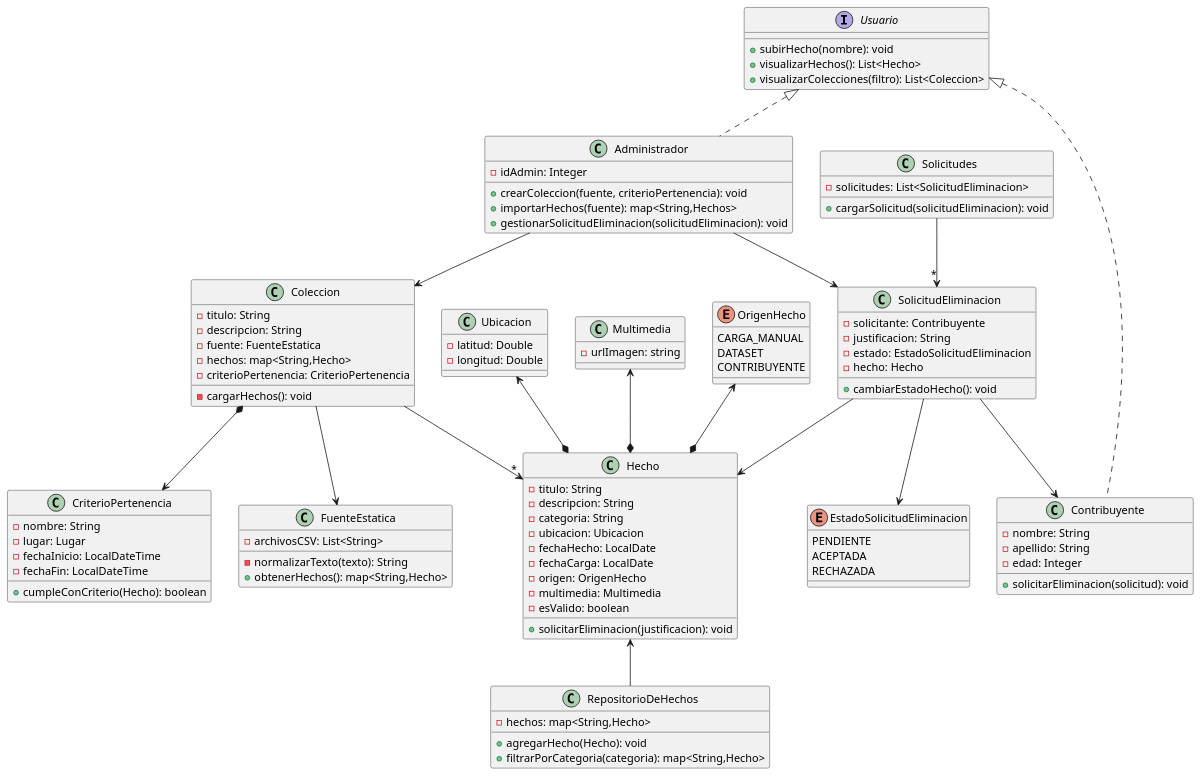
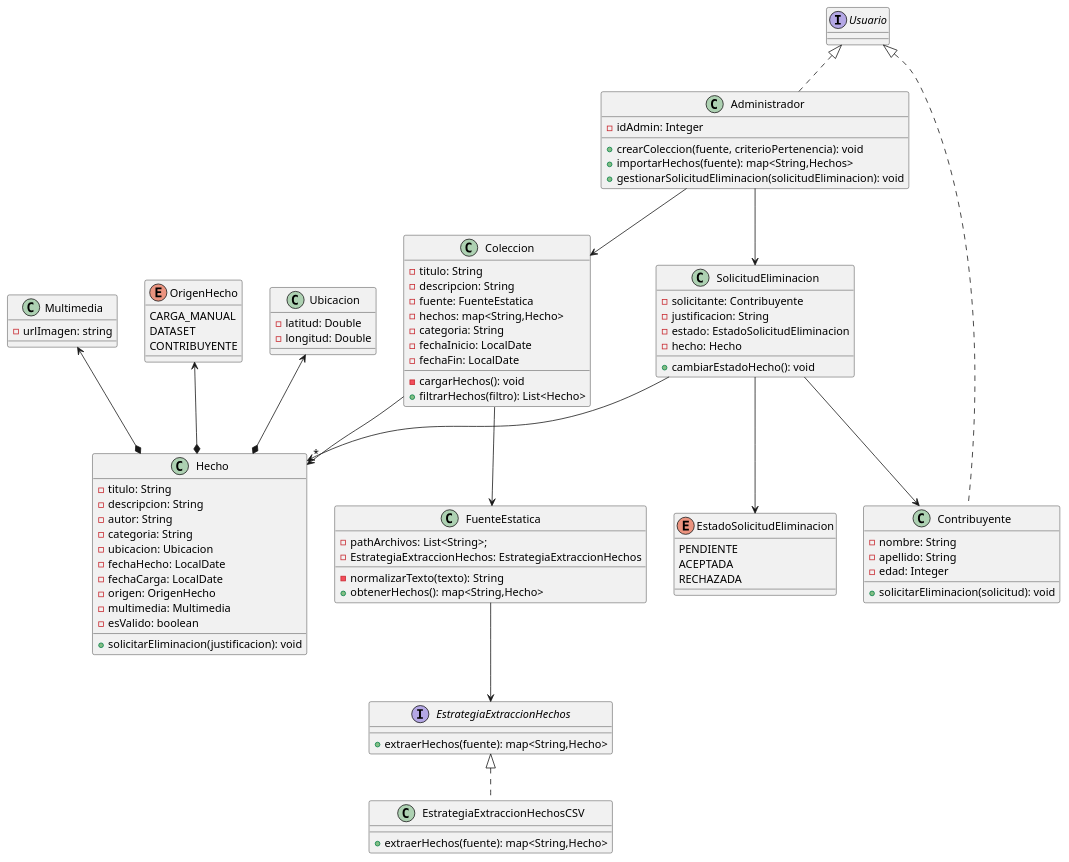
The diagram in src/main/DiagramaDeClases.puml (OslothLAS/ProyectoDeploy), drawn with PlantUML before and after one commit. The commit also changed 2 other files, not shown here.

Commit message:
Builder in hechos done

```diff
--- a/src/main/DiagramaDeClases.puml
+++ b/src/main/DiagramaDeClases.puml
@@ -1,119 +1,115 @@
 @startuml
 class Coleccion {
    - titulo: String
    - descripcion: String
    - fuente: FuenteEstatica
    - hechos: map<String,Hecho>
-   - criterioPertenencia: CriterioPertenencia
+   - categoria: String
+   - fechaInicio: LocalDate
+    - fechaFin: LocalDate
    - cargarHechos(): void
+   + filtrarHechos(filtro): List<Hecho>
  }
 
- class CriterioPertenencia {
-   - nombre: String
-   - lugar: Lugar
-   - fechaInicio: LocalDateTime
-   - fechaFin: LocalDateTime
-   + cumpleConCriterio(Hecho): boolean
- }
+
 
 
 
  class Ubicacion {
    -latitud: Double
    -longitud: Double
  }
 
   class SolicitudEliminacion{
     -solicitante: Contribuyente
     - justificacion: String
     - estado: EstadoSolicitudEliminacion
     - hecho: Hecho
     + cambiarEstadoHecho(): void
   }
 
-  class Solicitudes{
-  - solicitudes: List<SolicitudEliminacion>
-    + cargarSolicitud(solicitudEliminacion): void
-  }
+
 
    enum EstadoSolicitudEliminacion {
        PENDIENTE
        ACEPTADA
        RECHAZADA
      }
 
  class Hecho {
    - titulo: String
    - descripcion: String
+   - autor: String
    - categoria: String
    -ubicacion: Ubicacion
    - fechaHecho: LocalDate
    - fechaCarga: LocalDate
    - origen: OrigenHecho
    - multimedia: Multimedia
    - esValido: boolean
 
    + solicitarEliminacion(justificacion): void
     }
 
   class Multimedia{
     -urlImagen: string
   }
 
-  interface Usuario{
-     + subirHecho(nombre): void
-     + visualizarHechos(): List<Hecho>
-     + visualizarColecciones(filtro): List<Coleccion>
-  }
+
 
   enum OrigenHecho {
     CARGA_MANUAL
     DATASET
     CONTRIBUYENTE
   }
 
 
   class FuenteEstatica{
-    - archivosCSV: List<String>
+    - pathArchivos: List<String>;
+    - EstrategiaExtraccionHechos: EstrategiaExtraccionHechos
     - normalizarTexto(texto): String
     + obtenerHechos(): map<String,Hecho>
   }
+
+  interface EstrategiaExtraccionHechos{
+    + extraerHechos(fuente): map<String,Hecho>
+  }
+
+    class EstrategiaExtraccionHechosCSV implements EstrategiaExtraccionHechos{
+        + extraerHechos(fuente): map<String,Hecho>
+    }
 
 
 
 class Contribuyente implements Usuario{
     - nombre: String
     - apellido: String
     - edad: Integer
    + solicitarEliminacion(solicitud): void
 }
 
 
   class Administrador implements Usuario{
     - idAdmin: Integer
     + crearColeccion(fuente, criterioPertenencia): void
     + importarHechos(fuente): map<String,Hechos>
     + gestionarSolicitudEliminacion(solicitudEliminacion): void
   }
 
-  class RepositorioDeHechos{
-    - hechos: map<String,Hecho>
-    + agregarHecho(Hecho): void
-    + filtrarPorCategoria(categoria): map<String,Hecho>
-  }
+
 
   Coleccion --> FuenteEstatica
   Coleccion -->"*" Hecho
   OrigenHecho <--* Hecho
   Ubicacion <--* Hecho
   Administrador --> Coleccion
   Administrador --> SolicitudEliminacion
   SolicitudEliminacion --> Hecho
   SolicitudEliminacion --> Contribuyente
-  Solicitudes -->"*" SolicitudEliminacion
+    FuenteEstatica --> EstrategiaExtraccionHechos
   SolicitudEliminacion --> EstadoSolicitudEliminacion
-  Coleccion *--> CriterioPertenencia
+
   Multimedia <--* Hecho
-  Hecho <-- RepositorioDeHechos
+
 
 @enduml
```
